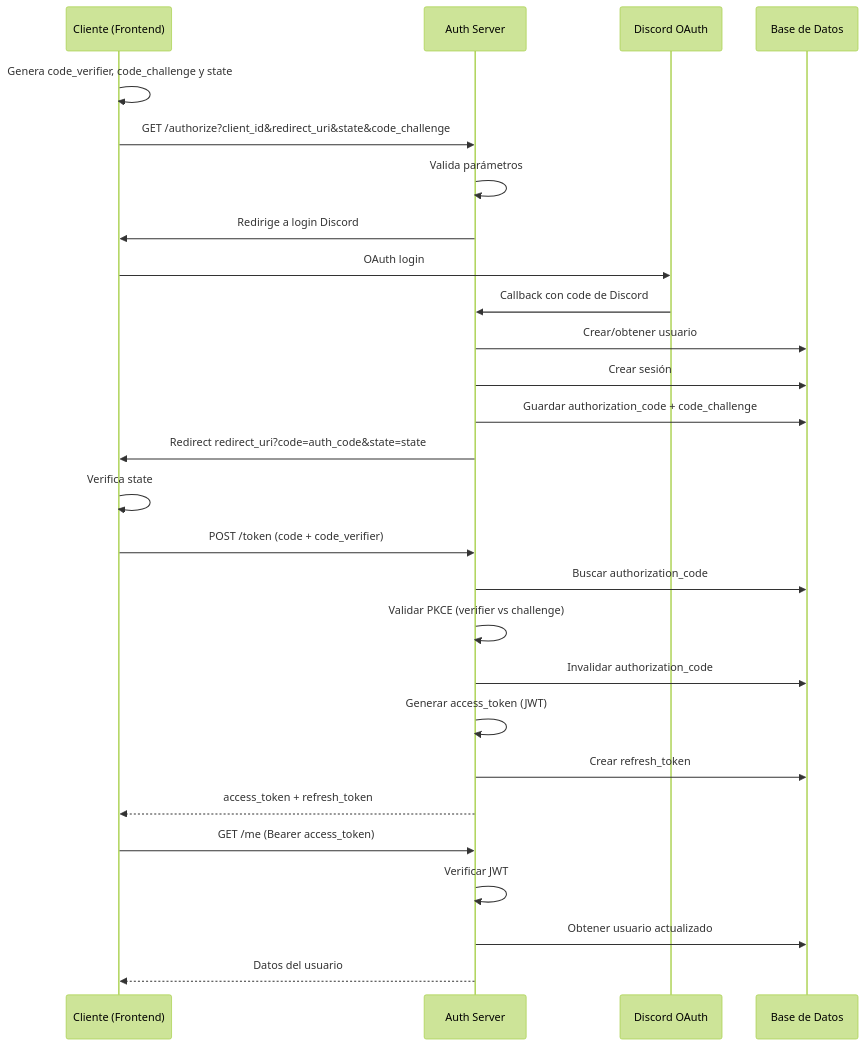
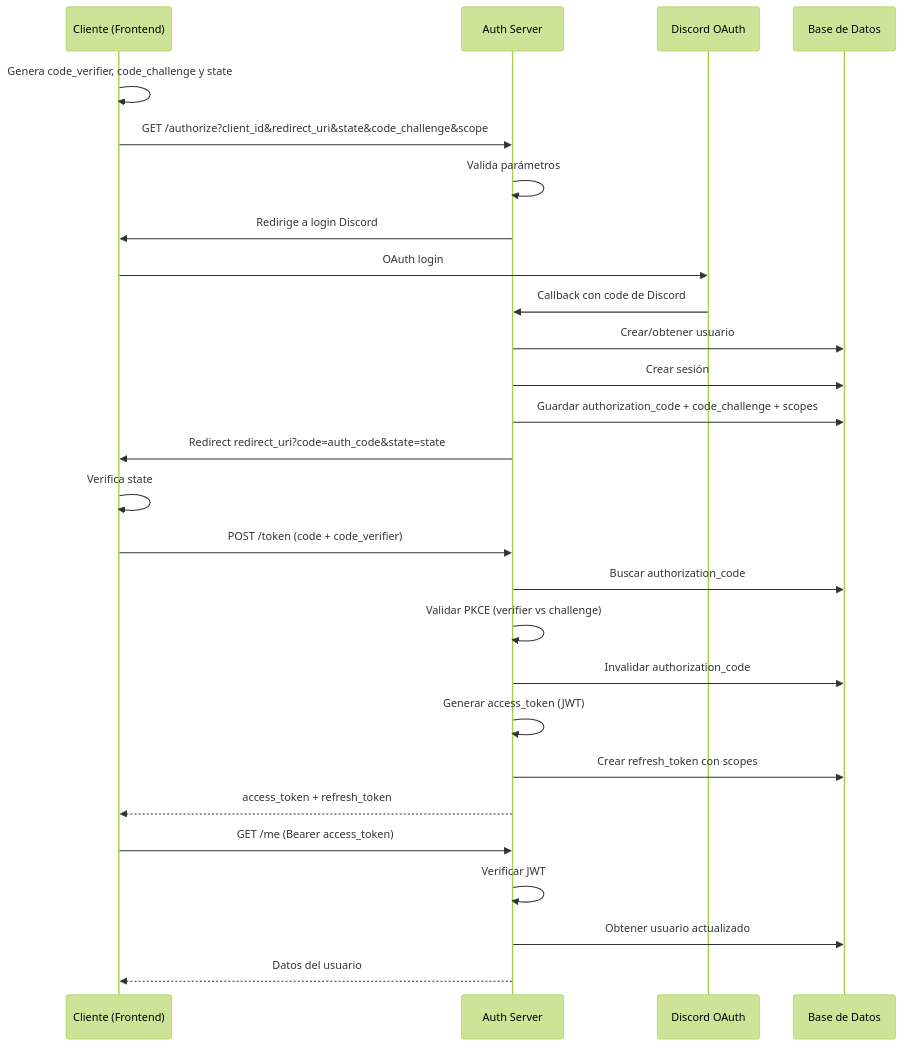
Before and after one commit to Triskcraft/triskcraft-bot: the diagram in docs/06-oauth-y-autenticacion.md, drawn with Mermaid (forest theme). The commit also changed other lines of this file and 2 other files, not shown here.

````diff
--- a/docs/06-oauth-y-autenticacion.md
+++ b/docs/06-oauth-y-autenticacion.md
@@ -74,46 +77,46 @@
 ```mermaid
 sequenceDiagram
     participant Client as Cliente (Frontend)
     participant Auth as Auth Server
     participant Discord as Discord OAuth
     participant DB as Base de Datos
 
     %% ===== PKCE + STATE =====
     Client->>Client: Genera code_verifier, code_challenge y state
-    Client->>Auth: GET /authorize?client_id&redirect_uri&state&code_challenge
+    Client->>Auth: GET /authorize?client_id&redirect_uri&state&code_challenge&scope
 
     %% ===== LOGIN FLOW =====
     Auth->>Auth: Valida parámetros
     Auth->>Client: Redirige a login Discord
     Client->>Discord: OAuth login
     Discord->>Auth: Callback con code de Discord
 
     %% ===== SESIÓN =====
     Auth->>DB: Crear/obtener usuario
     Auth->>DB: Crear sesión
-    Auth->>DB: Guardar authorization_code + code_challenge
+    Auth->>DB: Guardar authorization_code + code_challenge + scopes
 
     %% ===== REDIRECT FINAL =====
     Auth->>Client: Redirect redirect_uri?code=auth_code&state=state
 
     %% ===== VALIDACIÓN CLIENT =====
     Client->>Client: Verifica state
     Client->>Auth: POST /token (code + code_verifier)
 
     %% ===== TOKEN EXCHANGE =====
     Auth->>DB: Buscar authorization_code
     Auth->>Auth: Validar PKCE (verifier vs challenge)
     Auth->>DB: Invalidar authorization_code
 
     %% ===== TOKENS =====
     Auth->>Auth: Generar access_token (JWT)
-    Auth->>DB: Crear refresh_token
+    Auth->>DB: Crear refresh_token con scopes
 
     Auth-->>Client: access_token + refresh_token
 
     %% ===== USO =====
     Client->>Auth: GET /me (Bearer access_token)
     Auth->>Auth: Verificar JWT
     Auth->>DB: Obtener usuario actualizado
     Auth-->>Client: Datos del usuario
 ```
````
